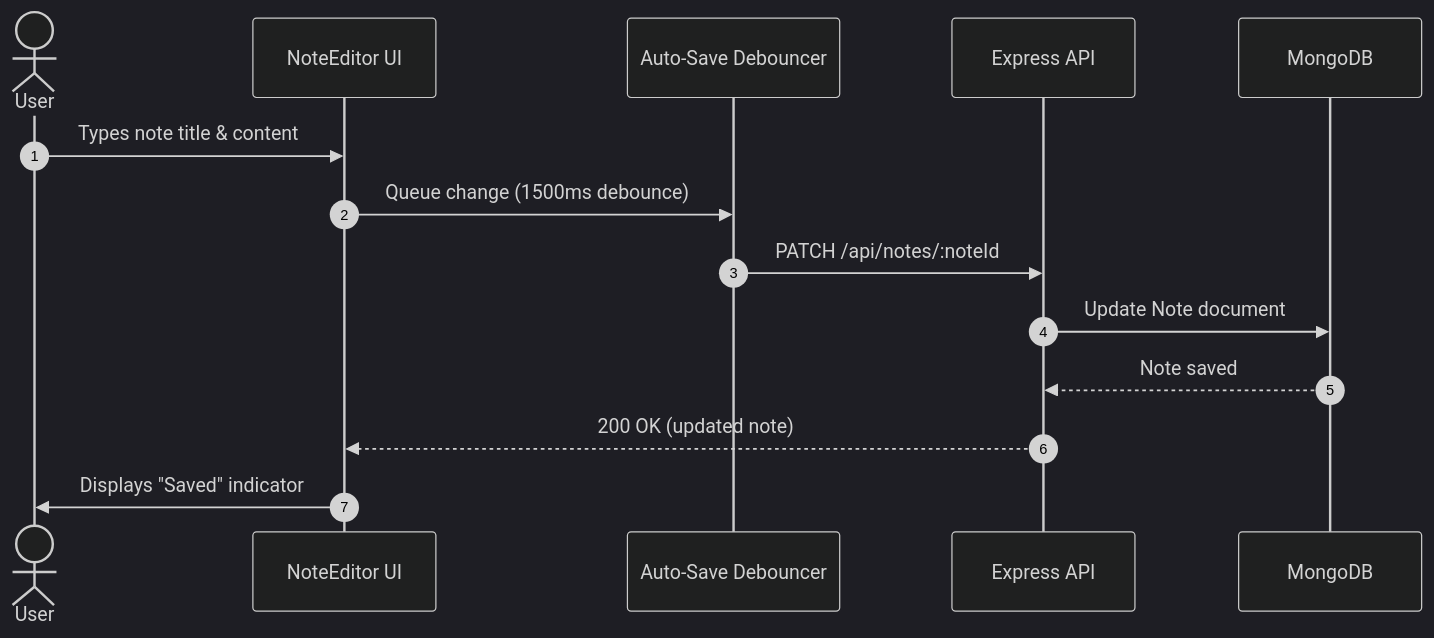
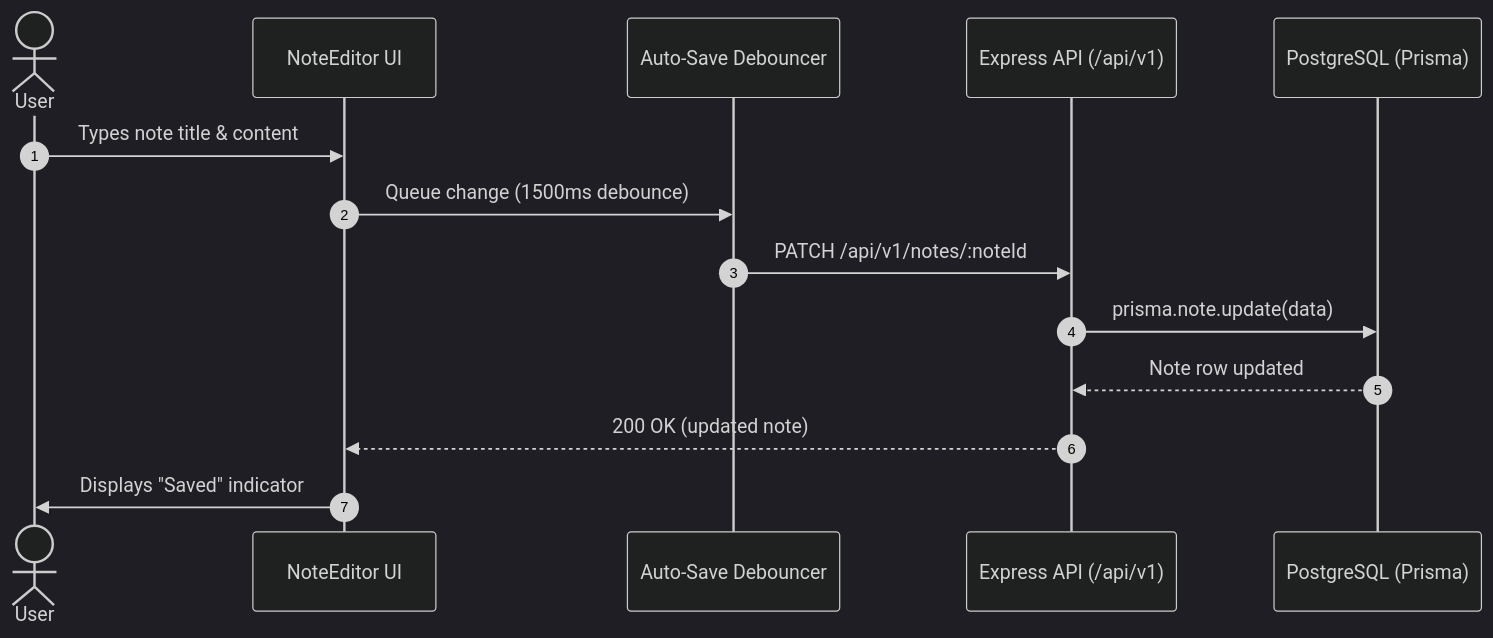
The first of 3 diagrams in docs/06-ui-ux/USER_FLOWS.md (nhatnd99/PersonalKnowledgeManagement), drawn with Mermaid (dark theme) before and after one commit. The commit also changed other lines of this file and 110 other files, not shown here.

````diff
--- a/docs/06-ui-ux/USER_FLOWS.md
+++ b/docs/06-ui-ux/USER_FLOWS.md
@@ -5,17 +5,17 @@
 ```mermaid
 sequenceDiagram
   autonumber
   actor User
   participant UI as NoteEditor UI
   participant Debounce as Auto-Save Debouncer
-  participant API as Express API
-  participant DB as MongoDB
+  participant API as Express API (/api/v1)
+  participant DB as PostgreSQL (Prisma)
 
   User->>UI: Types note title & content
   UI->>Debounce: Queue change (1500ms debounce)
-  Debounce->>API: PATCH /api/notes/:noteId
-  API->>DB: Update Note document
-  DB-->>API: Note saved
+  Debounce->>API: PATCH /api/v1/notes/:noteId
+  API->>DB: prisma.note.update(data)
+  DB-->>API: Note row updated
   API-->>UI: 200 OK (updated note)
   UI->>User: Displays "Saved" indicator
 ```
````
